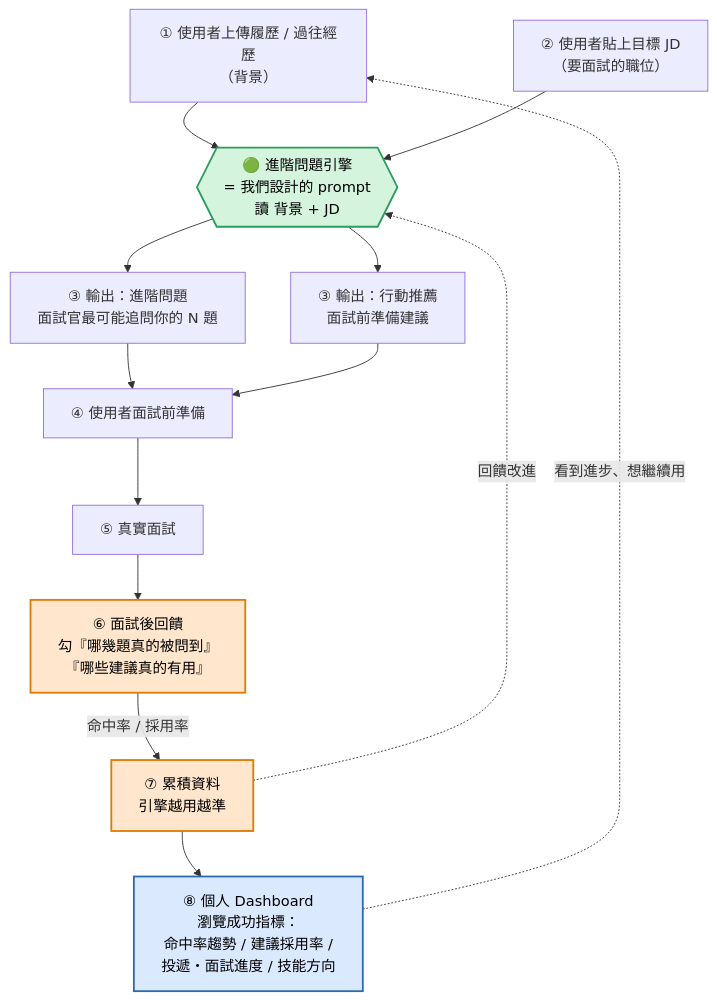
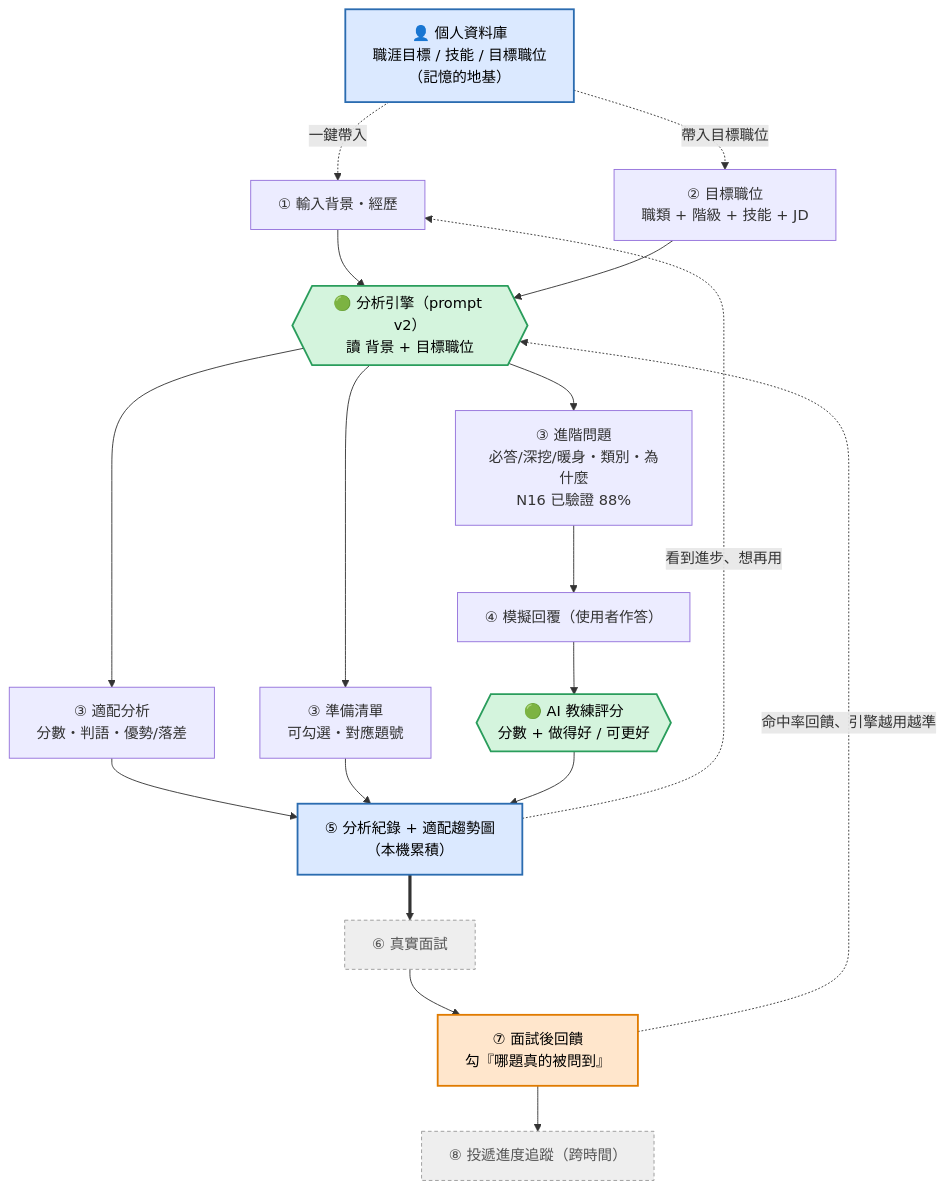
One commit to AlanChou890305/career-mvp changed the diagram in berry/product-flow.md. Above: the diagram before and after it, drawn with Mermaid. The commit also changed other lines of this file, not shown here.

Commit message:
更新產品流程圖：反映求職分析現況（個人資料庫、適配分析、準備清單、模擬回覆評分、趨勢圖）

````diff
--- a/berry/product-flow.md
+++ b/berry/product-flow.md
@@ -8,26 +8,34 @@
 ```mermaid
 flowchart TD
-    A["① 使用者上傳履歷 / 過往經歷<br/>（背景）"] --> C
-    B["② 使用者貼上目標 JD<br/>（要面試的職位）"] --> C
+    P["👤 個人資料庫<br/>職涯目標 / 技能 / 目標職位<br/>（記憶的地基）"]:::mem
 
-    C{{"🟢 進階問題引擎<br/>= 我們設計的 prompt<br/>讀 背景 + JD"}}:::engine
+    P -.一鍵帶入.-> A
+    P -.帶入目標職位.-> B
+    A["① 輸入背景・經歷"] --> C
+    B["② 目標職位<br/>職類 + 階級 + 技能 + JD"] --> C
 
-    C --> D["③ 輸出：進階問題<br/>面試官最可能追問你的 N 題"]
-    C --> E["③ 輸出：行動推薦<br/>面試前準備建議"]
+    C{{"🟢 分析引擎（prompt v2）<br/>讀 背景 + 目標職位"}}:::engine
 
-    D --> F["④ 使用者面試前準備"]
-    E --> F
+    C --> D1["③ 適配分析<br/>分數・判語・優勢/落差"]
+    C --> D2["③ 進階問題<br/>必答/深挖/暖身・類別・為什麼<br/>N16 已驗證 88%"]
+    C --> D3["③ 準備清單<br/>可勾選・對應題號"]
 
-    F --> G["⑤ 真實面試"]
+    D2 --> E["④ 模擬回覆（使用者作答）"]
+    E --> F{{"🟢 AI 教練評分<br/>分數 + 做得好 / 可更好"}}:::engine
 
-    G --> H["⑥ 面試後回饋<br/>勾『哪幾題真的被問到』<br/>『哪些建議真的有用』"]:::loop
+    D1 --> G
+    D3 --> G
+    F --> G
+    G["⑤ 分析紀錄 + 適配趨勢圖<br/>（本機累積）"]:::mem
+    G -.看到進步、想再用.-> A
 
-    H -->|"命中率 / 採用率"| I["⑦ 累積資料<br/>引擎越用越準"]:::loop
-    I -.回饋改進.-> C
-    I --> J["⑧ 個人 Dashboard<br/>瀏覽成功指標：<br/>命中率趨勢 / 建議採用率 /<br/>投遞・面試進度 / 技能方向"]:::dash
-    J -.看到進步、想繼續用.-> A
+    G ==> H["⑥ 真實面試"]:::future
+    H --> I["⑦ 面試後回饋<br/>勾『哪題真的被問到』"]:::loop
+    I -.命中率回饋、引擎越用越準.-> C
+    I --> J["⑧ 投遞進度追蹤（跨時間）"]:::future
 
     classDef engine fill:#d4f4dd,stroke:#2a9d5c,stroke-width:2px,color:#000;
+    classDef mem fill:#dbe9ff,stroke:#2b6cb0,stroke-width:2px,color:#000;
     classDef loop fill:#ffe6cc,stroke:#e07b00,stroke-width:2px,color:#000;
-    classDef dash fill:#dbe9ff,stroke:#2b6cb0,stroke-width:2px,color:#000;
+    classDef future fill:#eeeeee,stroke:#999999,stroke-width:1px,color:#555555,stroke-dasharray:4 3;
 ```
````
